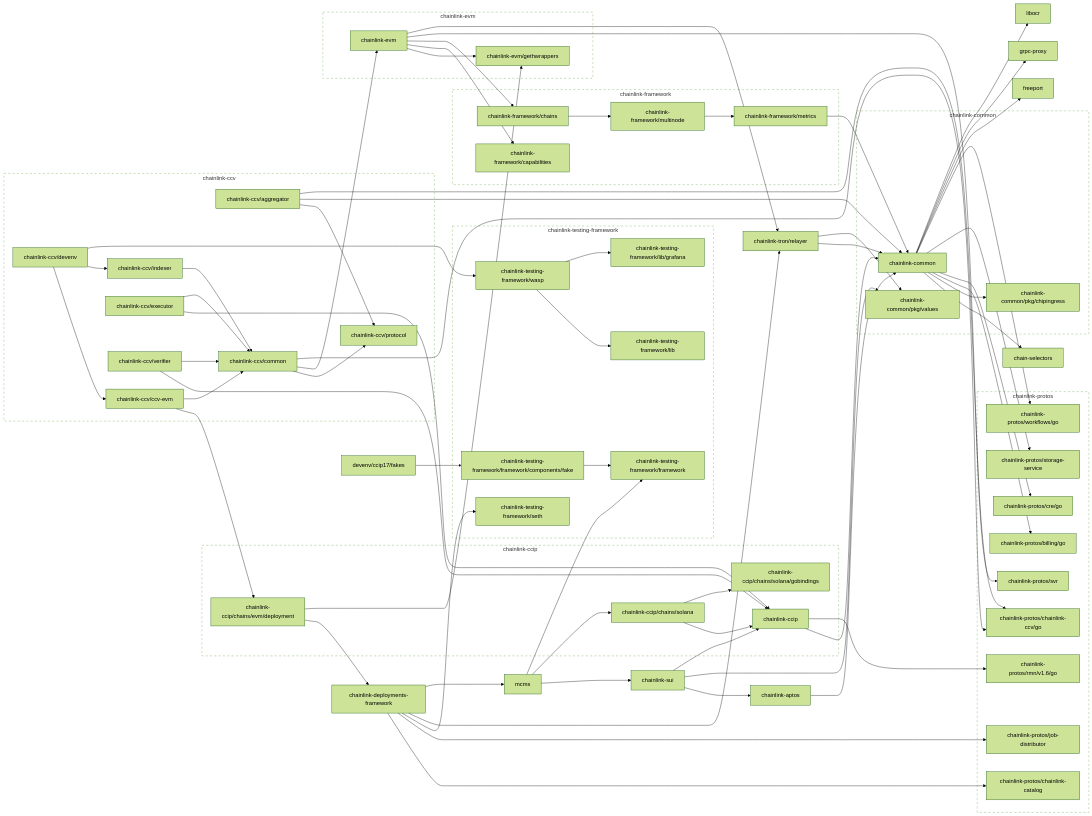
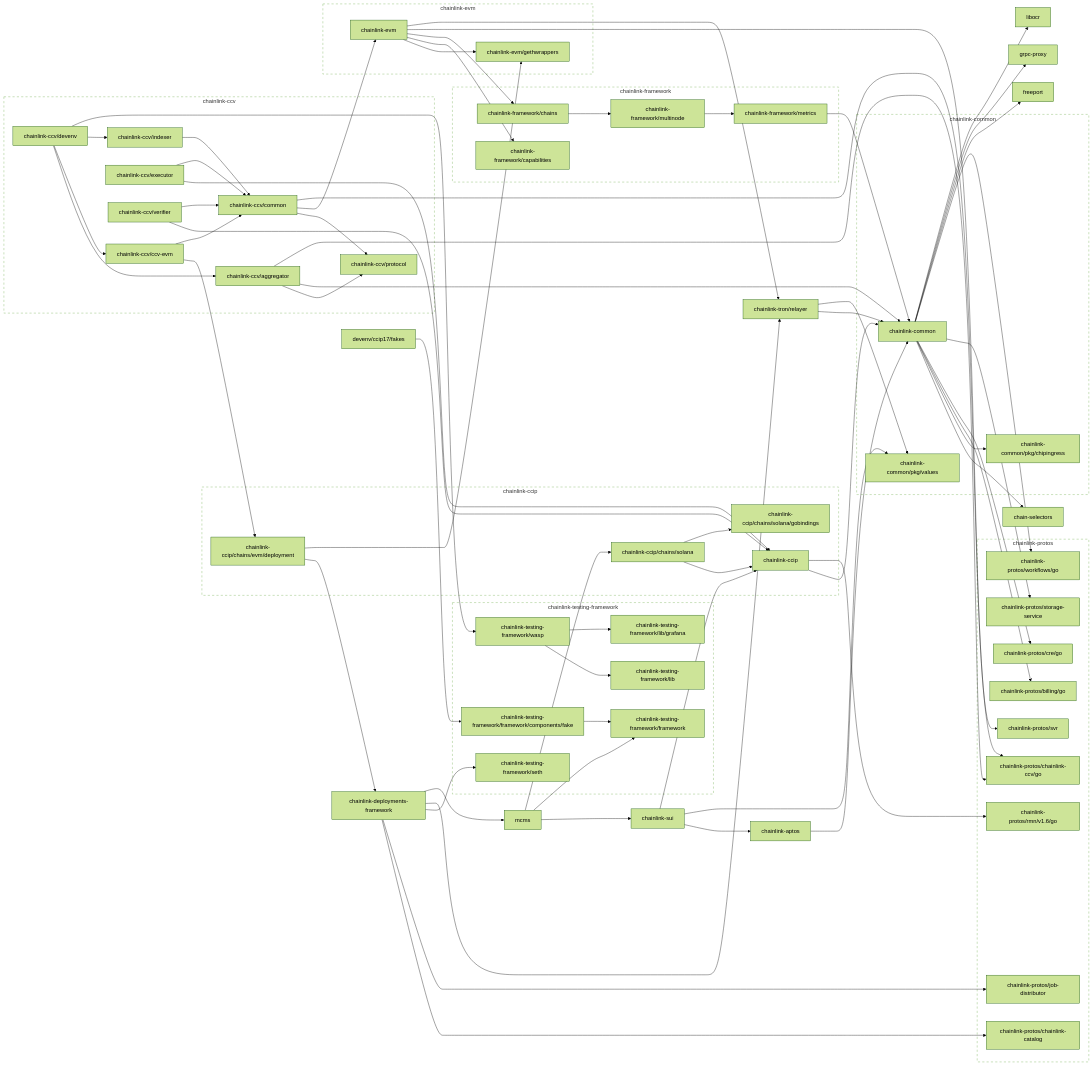
Before and after one commit to smartcontractkit/chainlink-ccv: the diagram in go.md, drawn with Mermaid (forest theme). The commit also changed 1 other file, not shown here.

```diff
--- a/go.md
+++ b/go.md
@@ -28,6 +28,7 @@
 	chainlink-ccv/common --> chainlink-evm
 	chainlink-ccv/common --> chainlink-protos/chainlink-ccv/go
 	click chainlink-ccv/common href "https://github.com/smartcontractkit/chainlink-ccv"
+	chainlink-ccv/devenv --> chainlink-ccv/aggregator
 	chainlink-ccv/devenv --> chainlink-ccv/ccv-evm
 	chainlink-ccv/devenv --> chainlink-ccv/indexer
 	chainlink-ccv/devenv --> chainlink-testing-framework/wasp
```
